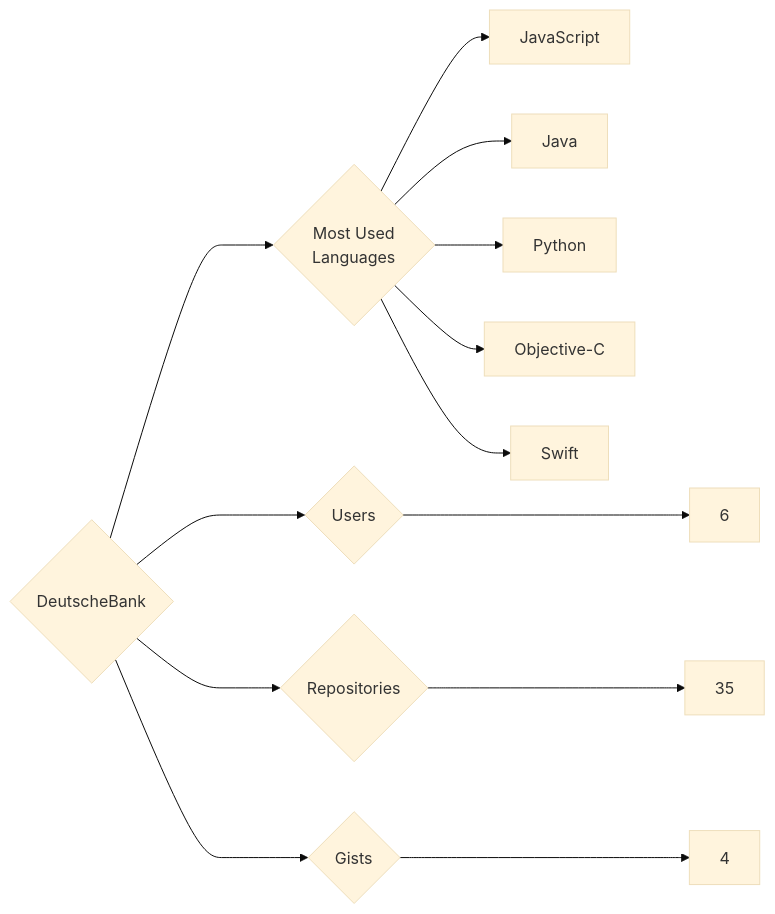
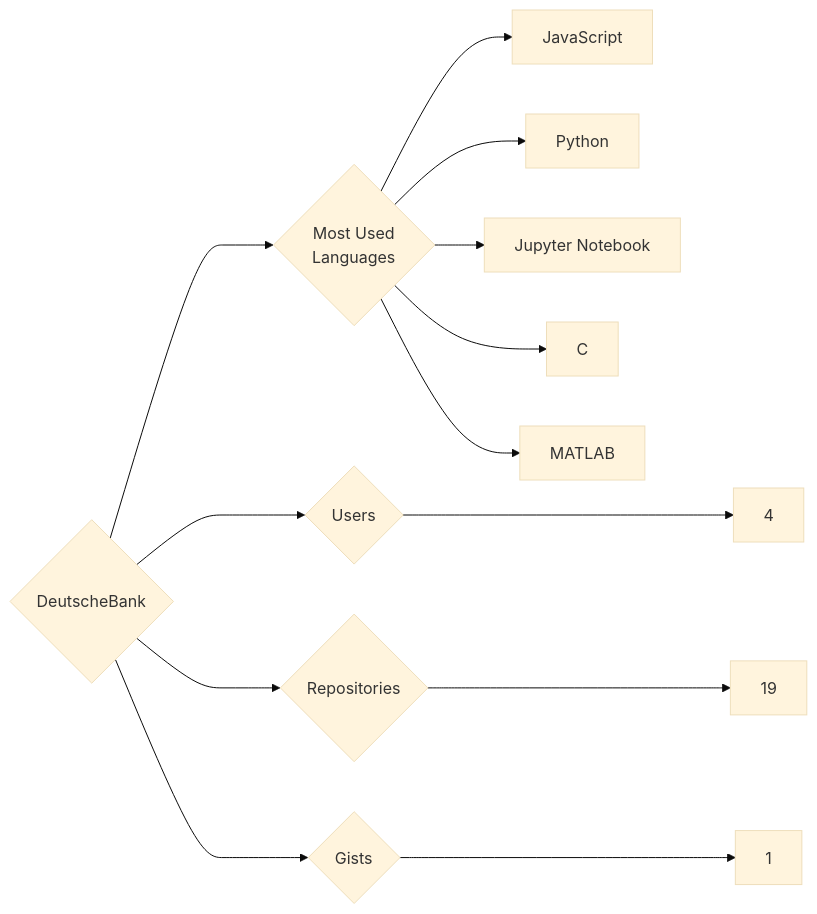
One commit to trickest/insiders changed the diagram in targets/DeutscheBank/README.md. Above: the diagram before and after it, drawn with Mermaid (base theme). The commit also changed 1084 other files, not shown here.

````diff
--- a/targets/DeutscheBank/README.md
+++ b/targets/DeutscheBank/README.md
@@ -3,13 +3,13 @@
 ```mermaid
 graph LR
 COMPANY_NAME{DeutscheBank}
-COMPANY_NAME ---> U{Users} ---> UN[6]
-COMPANY_NAME ---> R{Repositories} ---> RN[35]
-COMPANY_NAME ---> G{Gists} ---> GN[4]
+COMPANY_NAME ---> U{Users} ---> UN[4]
+COMPANY_NAME ---> R{Repositories} ---> RN[19]
+COMPANY_NAME ---> G{Gists} ---> GN[1]
 COMPANY_NAME ---> ML{Most Used<br>Languages}
 ML --> JavaScript[JavaScript]
-ML --> Java[Java]
 ML --> Python[Python]
-ML --> Objective-C[Objective-C]
-ML --> Swift[Swift]
+ML --> Jupyter_Notebook[Jupyter Notebook]
+ML --> C[C]
+ML --> MATLAB[MATLAB]
 ```
````
